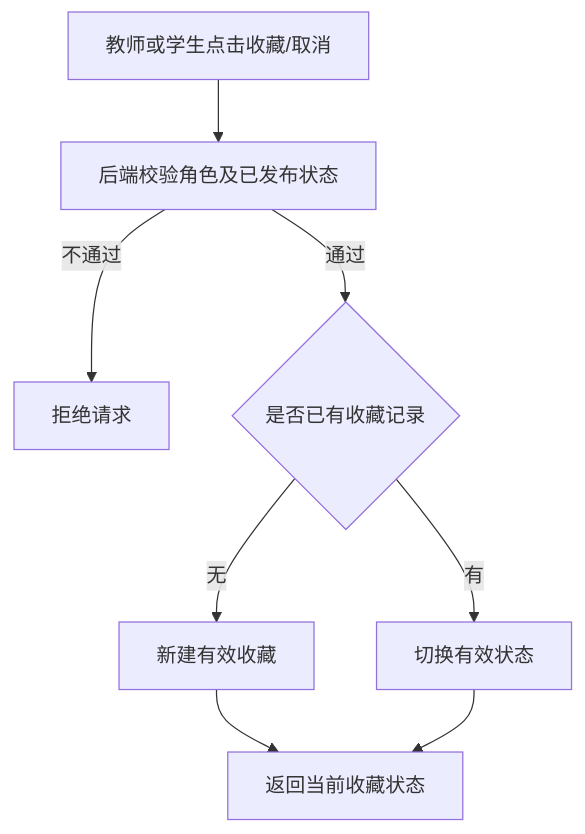
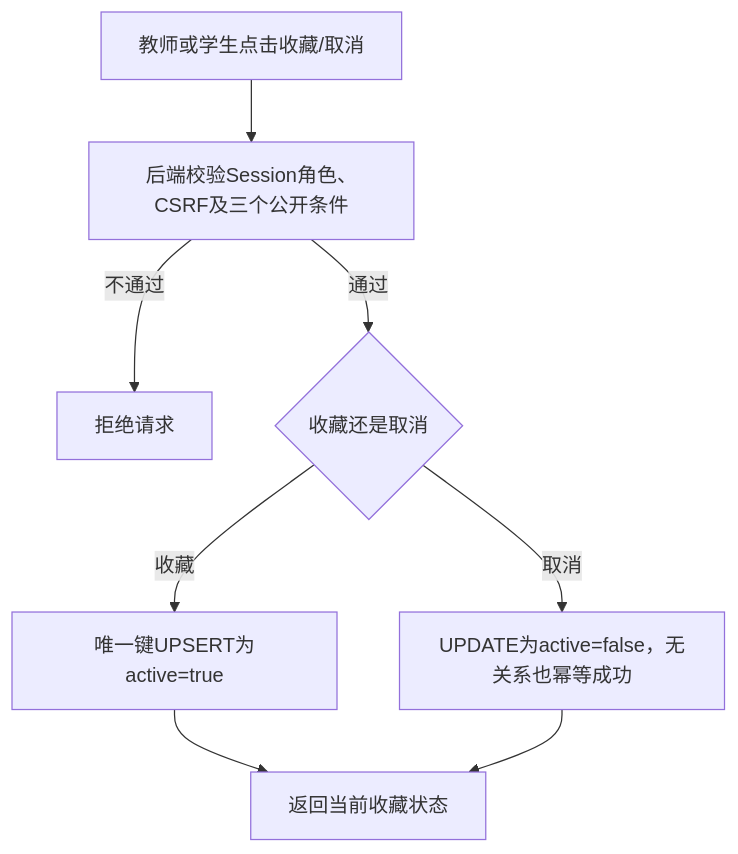
Before and after one commit to snowlei1/Management-System: the fifth of 6 diagrams in docs/04-业务流程.md, drawn with Mermaid. The commit also changed other lines of this file and 29 other files, not shown here.

````diff
--- a/docs/04-业务流程.md
+++ b/docs/04-业务流程.md
@@ -97,10 +97,10 @@
 ```mermaid
 flowchart TD
-    A[教师或学生点击收藏/取消] --> B[后端校验角色及已发布状态]
+    A[教师或学生点击收藏/取消] --> B[后端校验Session角色、CSRF及三个公开条件]
     B -->|不通过| X[拒绝请求]
-    B -->|通过| C{是否已有收藏记录}
-    C -->|无| D[新建有效收藏]
-    C -->|有| E[切换有效状态]
+    B -->|通过| C{收藏还是取消}
+    C -->|收藏| D[唯一键UPSERT为active=true]
+    C -->|取消| E[UPDATE为active=false，无关系也幂等成功]
     D --> F[返回当前收藏状态]
     E --> F
 ```
````
